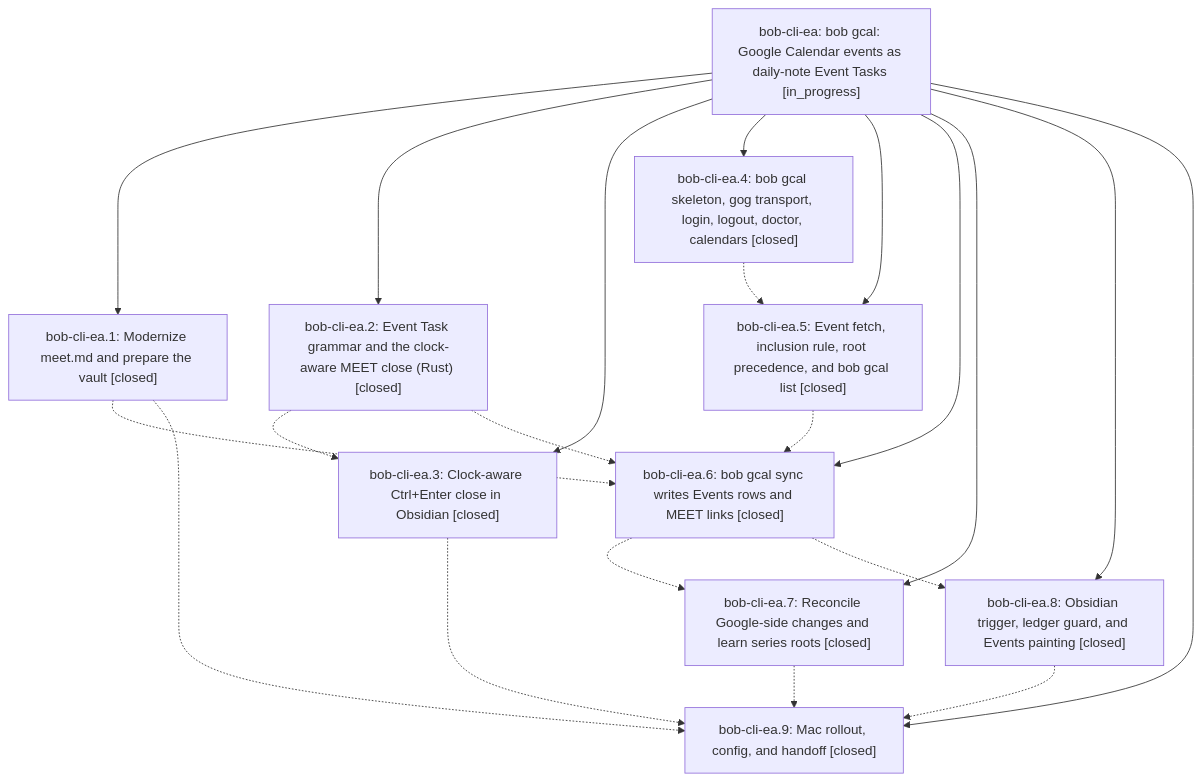
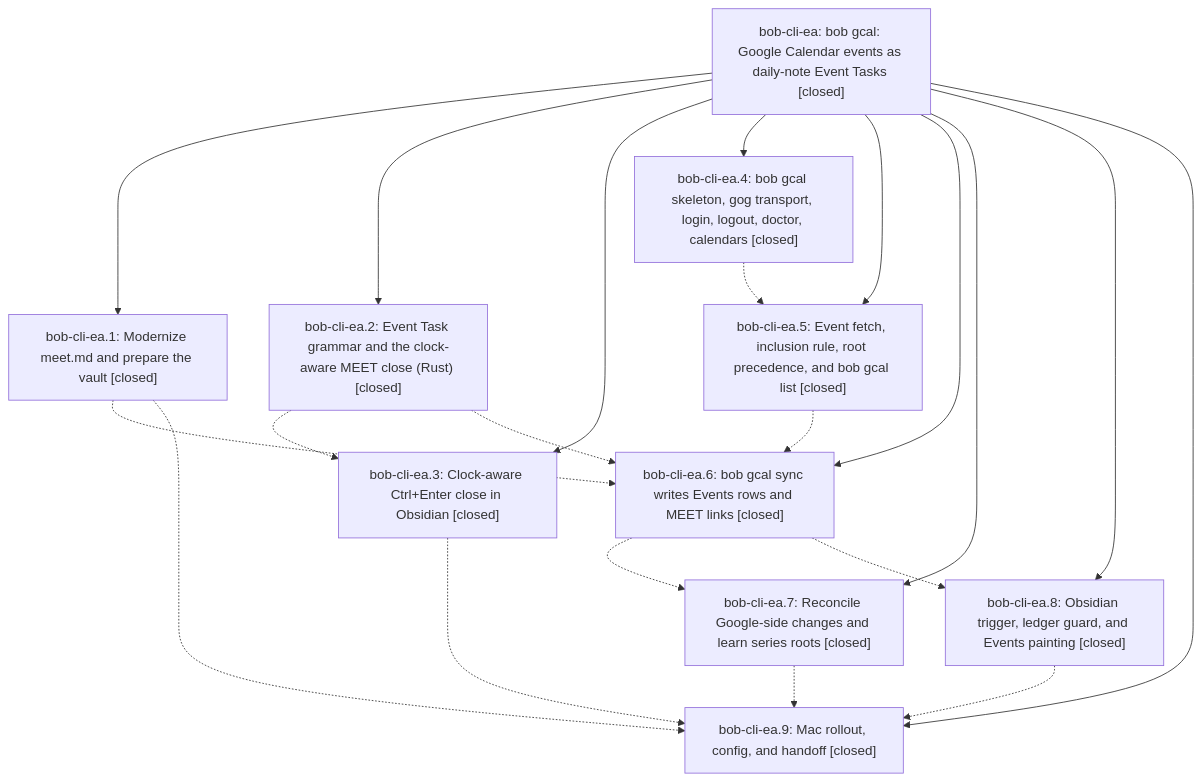
Before and after one commit to bobs-org/bob-cli--beads: the diagram in pages/bob-cli-ea/README.md, drawn with Mermaid. The commit also changed other lines of this file and 5 other files, not shown here.

First line of the commit message:
chore(beads): sync bead state and pages for bob-cli-ea

````diff
--- a/pages/bob-cli-ea/README.md
+++ b/pages/bob-cli-ea/README.md
@@ -48,33 +64,33 @@
 ```mermaid
 flowchart TD
-    n0["bob-cli-ea: bob gcal: Google Calendar events as daily-note Event Tasks [in_progress]"]
+    n0["bob-cli-ea: bob gcal: Google Calendar events as daily-note Event Tasks [closed]"]
     n1["bob-cli-ea.1: Modernize meet.md and prepare the vault [closed]"]
     n2["bob-cli-ea.2: Event Task grammar and the clock-aware MEET close (Rust) [closed]"]
     n3["bob-cli-ea.3: Clock-aware Ctrl+Enter close in Obsidian [closed]"]
     n4["bob-cli-ea.4: bob gcal skeleton, gog transport, login, logout, doctor, calendars [closed]"]
     n5["bob-cli-ea.5: Event fetch, inclusion rule, root precedence, and bob gcal list [closed]"]
     n6["bob-cli-ea.6: bob gcal sync writes Events rows and MEET links [closed]"]
     n7["bob-cli-ea.7: Reconcile Google-side changes and learn series roots [closed]"]
     n8["bob-cli-ea.8: Obsidian trigger, ledger guard, and Events painting [closed]"]
     n9["bob-cli-ea.9: Mac rollout, config, and handoff [closed]"]
     n0 --> n1
     n0 --> n2
     n0 --> n3
     n0 --> n4
     n0 --> n5
     n0 --> n6
     n0 --> n7
     n0 --> n8
     n0 --> n9
     n1 -.-> n6
     n1 -.-> n9
     n2 -.-> n3
     n2 -.-> n6
     n3 -.-> n9
     n4 -.-> n5
     n5 -.-> n6
     n6 -.-> n7
     n6 -.-> n8
     n7 -.-> n9
     n8 -.-> n9
 ```
````
